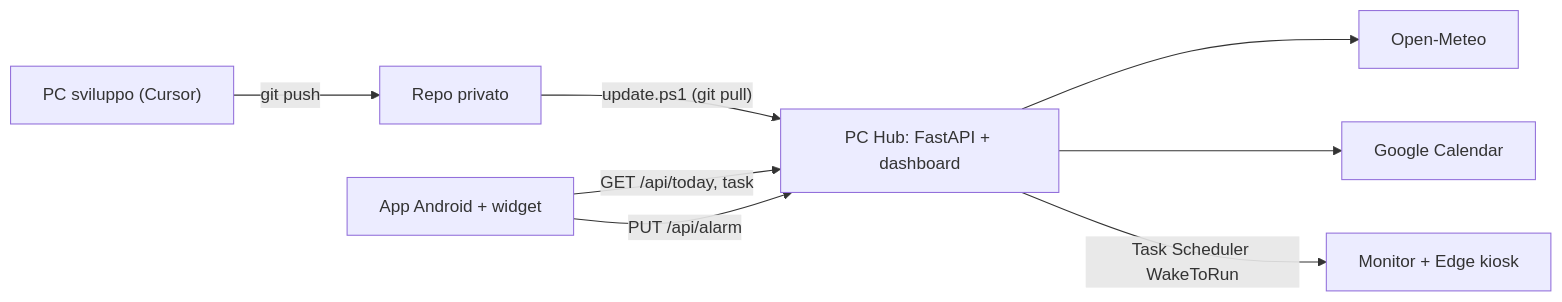
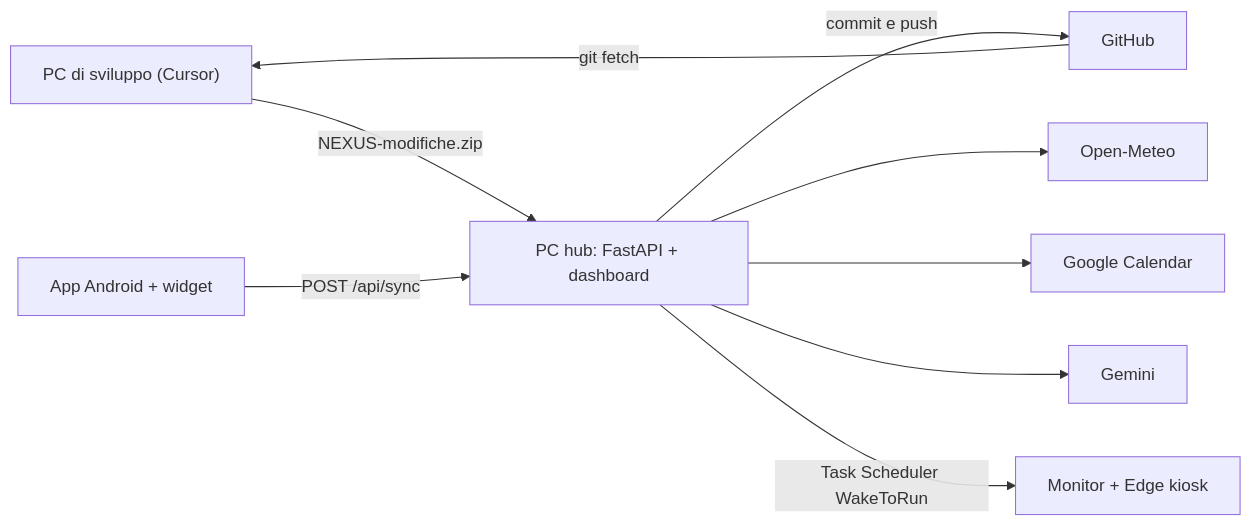
One commit to CerroneDonato/NEXUS changed the diagram in README.md. Above: the diagram before and after it, drawn with Mermaid. The commit also changed other lines of this file and 50 other files, not shown here.

````diff
--- a/README.md
+++ b/README.md
@@ -7,10 +9,11 @@
 ```mermaid
 flowchart LR
-    DevPc["PC sviluppo (Cursor)"] -->|git push| Repo[Repo privato]
-    Repo -->|"update.ps1 (git pull)"| Hub["PC Hub: FastAPI + dashboard"]
+    DevPc["PC di sviluppo (Cursor)"] -->|"NEXUS-modifiche.zip"| Hub["PC hub: FastAPI + dashboard"]
+    Hub -->|"commit e push"| Repo[GitHub]
+    Repo -->|"git fetch"| DevPc
     Hub --> Weather[Open-Meteo]
     Hub --> GCal[Google Calendar]
-    Phone[App Android + widget] -->|"GET /api/today, task"| Hub
-    Phone -->|"PUT /api/alarm"| Hub
-    Hub -->|"Task Scheduler WakeToRun"| Screen[Monitor + Edge kiosk]
+    Hub --> Gemini[Gemini]
+    Phone["App Android + widget"] -->|"POST /api/sync"| Hub
+    Hub -->|"Task Scheduler WakeToRun"| Screen["Monitor + Edge kiosk"]
 ```
````
